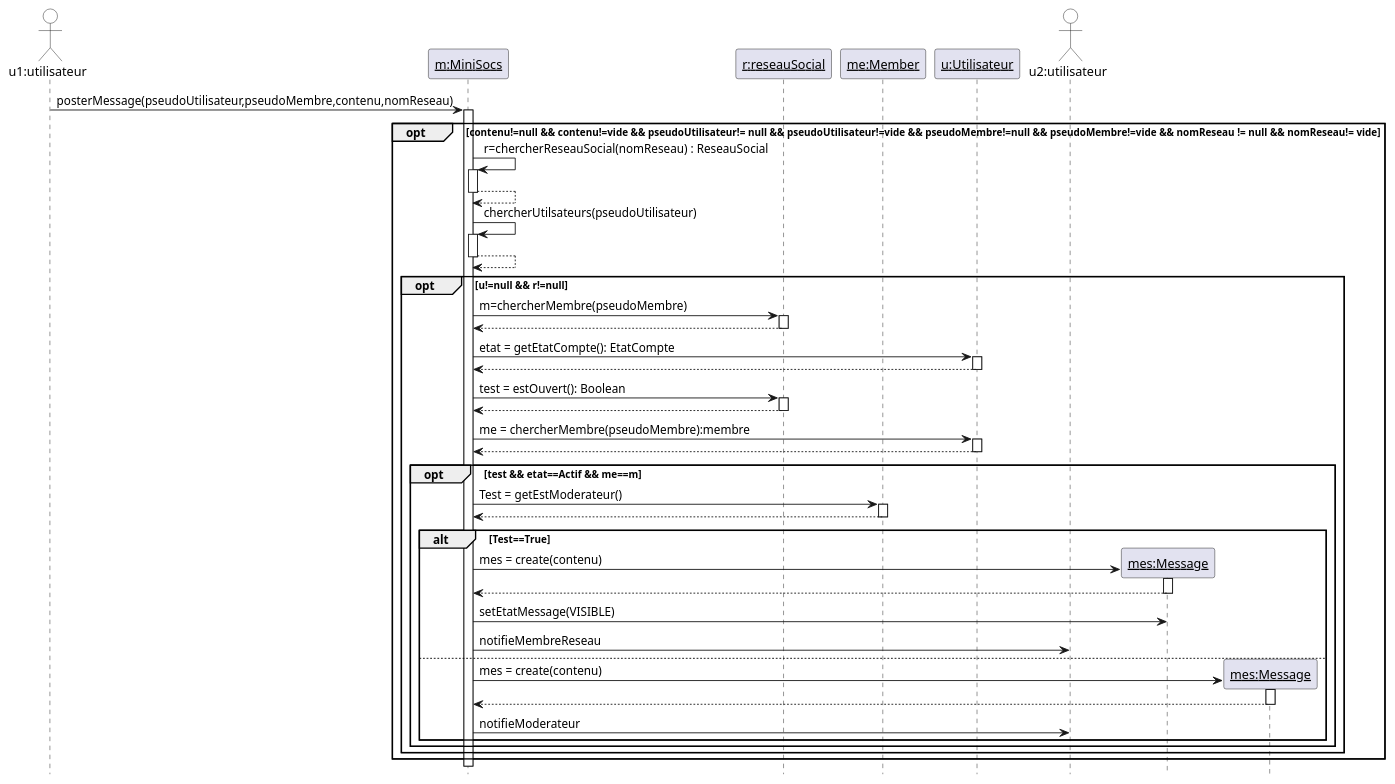
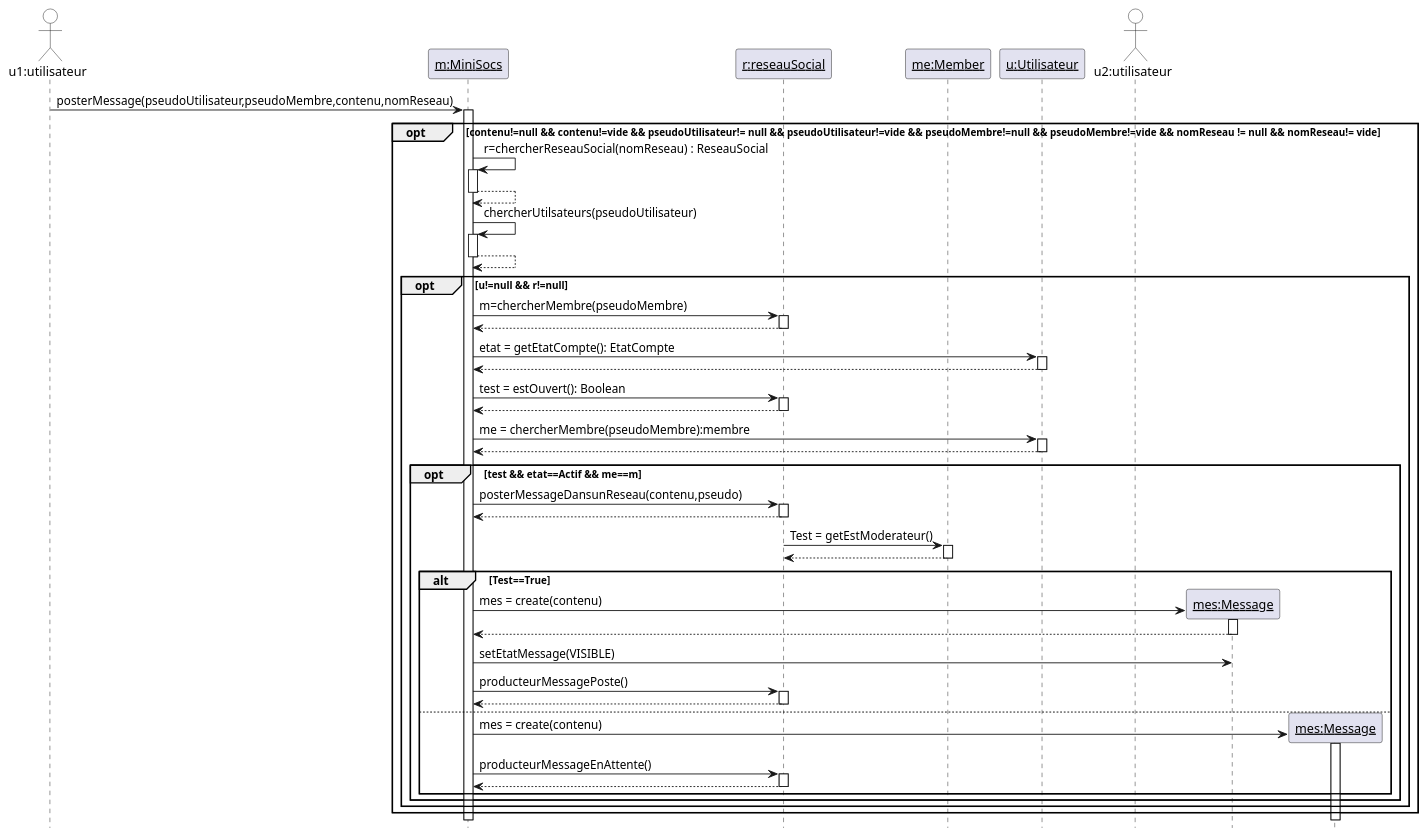
The diagram in Diagrammes/minisocs_uml_diag_seq_poster_message.pu (yesminete/MiniSocs), drawn with PlantUML before and after one commit. The commit also changed 17 other files, not shown here.

```diff
--- a/Diagrammes/minisocs_uml_diag_seq_poster_message.pu
+++ b/Diagrammes/minisocs_uml_diag_seq_poster_message.pu
@@ -1,52 +1,55 @@
 @startuml
 
 'Diagramme de séquence (PlantUML)'
 
 'Configuration charte graphique'
 hide footbox
 skinparam sequenceParticiantBackgroundColor White
 skinparam sequenceActorBackgroundColor White
 
 'Déclaration des acteurs et des participants'
 actor "u1:utilisateur" as u1
 participant "__m:MiniSocs__" as sys
 participant "__r:reseauSocial__" as r
 participant "__me:Member__" as m
 participant "__u:Utilisateur__" as u
 actor "u2:utilisateur" as u2
 'Interaction principale'
 
 u1 -> sys++: posterMessage(pseudoUtilisateur,pseudoMembre,contenu,nomReseau)
 opt contenu!=null && contenu!=vide && pseudoUtilisateur!= null && pseudoUtilisateur!=vide && pseudoMembre!=null && pseudoMembre!=vide && nomReseau != null && nomReseau!= vide
 sys-> sys++: r=chercherReseauSocial(nomReseau) : ReseauSocial
 return
 sys->sys++:chercherUtilsateurs(pseudoUtilisateur)
 return
 opt u!=null && r!=null
 sys->r++:m=chercherMembre(pseudoMembre)
 return
 sys-> u ++: etat = getEtatCompte(): EtatCompte
 return
 sys-> r ++: test = estOuvert(): Boolean
 return
 sys -> u ++: me = chercherMembre(pseudoMembre):membre
 return
 opt test && etat==Actif && me==m
-sys->m ++: Test = getEstModerateur()
+sys->r ++ : posterMessageDansunReseau(contenu,pseudo)
+return
+r->m ++: Test = getEstModerateur()
 return
 alt Test==True
 create "__mes:Message__" as mes
 sys-> mes ++: mes = create(contenu)
 return
 sys-> mes : setEtatMessage(VISIBLE)
-sys->u2 : notifieMembreReseau
+sys -> r ++: producteurMessagePoste()
+return 
 else
 create "__mes:Message__" as mes2
 sys->mes2 ++: mes = create(contenu)
+sys -> r++: producteurMessageEnAttente()
 return
-sys->u2 : notifieModerateur
 end
 end
 end
 end
 @enduml
```
